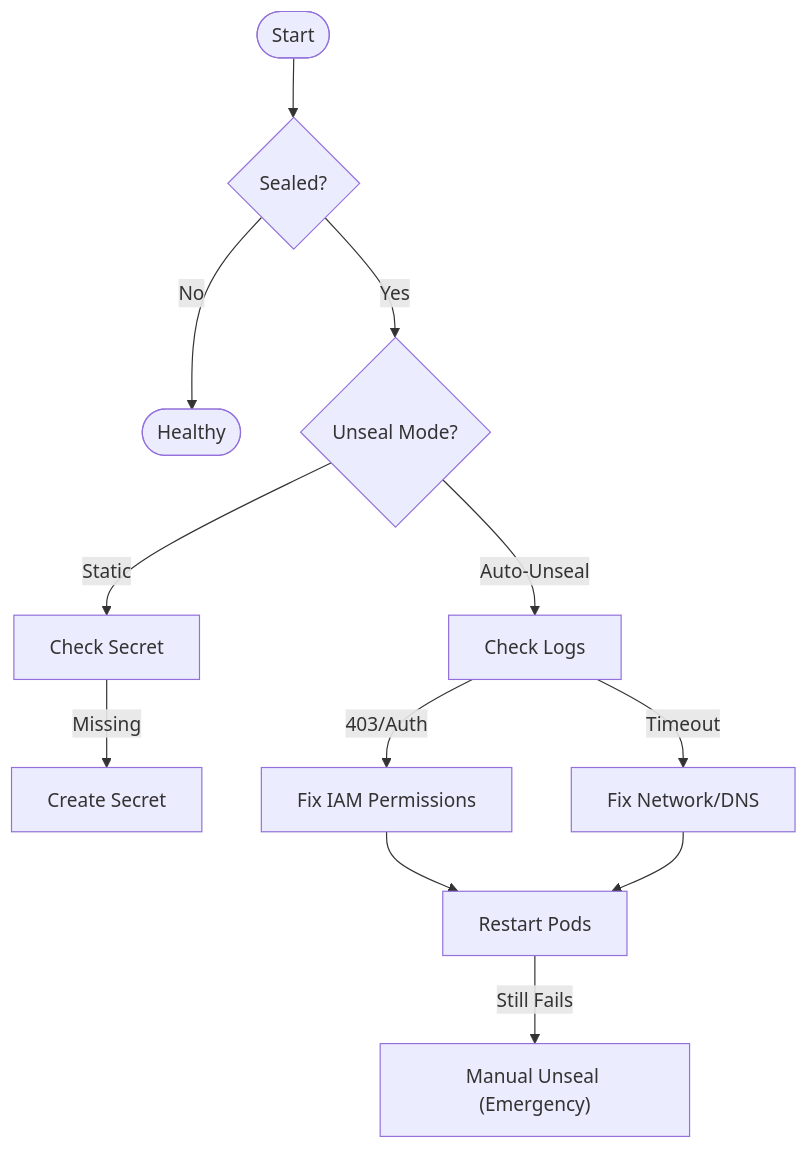
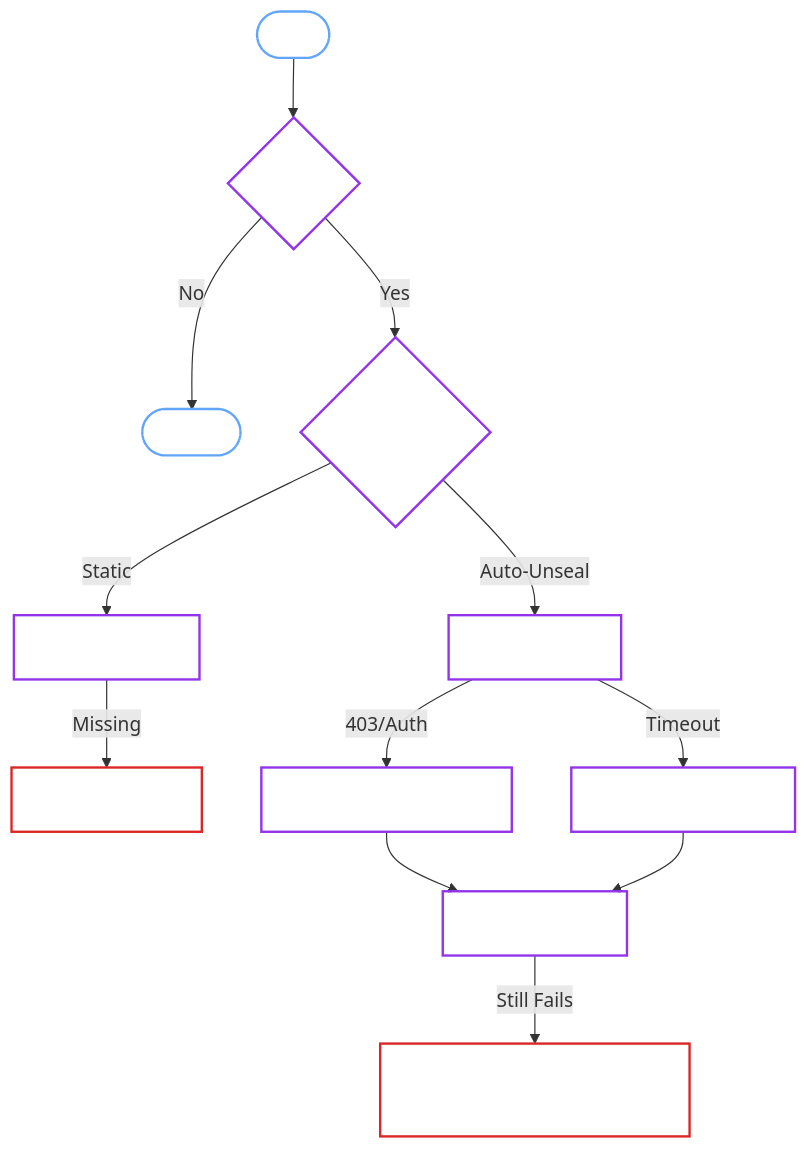
One commit to dc-tec/openbao-operator changed the diagram in docs/user-guide/openbaocluster/recovery/sealed-cluster.md. Above: the diagram before and after it, drawn with Mermaid. The commit also changed other lines of this file and 48 other files, not shown here.

````diff
--- a/docs/user-guide/openbaocluster/recovery/sealed-cluster.md
+++ b/docs/user-guide/openbaocluster/recovery/sealed-cluster.md
@@ -12,18 +12,28 @@
 ```mermaid
 graph TD
     Start(["Start"]) --> CheckStatus{"Sealed?"}
     CheckStatus -- No --> Done(["Healthy"])
     CheckStatus -- Yes --> IdentifyMode{"Unseal Mode?"}
     
     IdentifyMode -- "Static" --> CheckSecret["Check Secret"]
     IdentifyMode -- "Auto-Unseal" --> CheckLogs["Check Logs"]
     
     CheckSecret -- "Missing" --> CreateSecret["Create Secret"]
     CheckLogs -- "403/Auth" --> FixIAM["Fix IAM Permissions"]
     CheckLogs -- "Timeout" --> FixNet["Fix Network/DNS"]
     
     FixIAM --> ManualTry["Restart Pods"]
     FixNet --> ManualTry
     
     ManualTry -- "Still Fails" --> ManualUnseal["Manual Unseal (Emergency)"]
+
+    classDef read fill:transparent,stroke:#60a5fa,stroke-width:2px,color:#fff;
+    classDef write fill:transparent,stroke:#22c55e,stroke-width:2px,color:#fff;
+    classDef security fill:transparent,stroke:#dc2626,stroke-width:2px,color:#fff;
+    classDef process fill:transparent,stroke:#9333ea,stroke-width:2px,color:#fff;
+
+    class Start,Done read;
+    class CheckStatus,IdentifyMode process;
+    class CheckSecret,CheckLogs,FixIAM,FixNet,ManualTry process;
+    class CreateSecret,ManualUnseal security;
 ```
````
